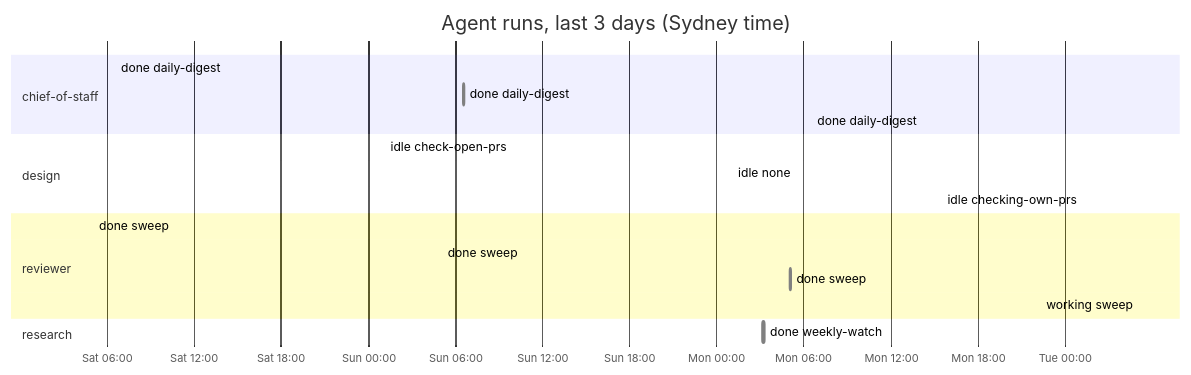
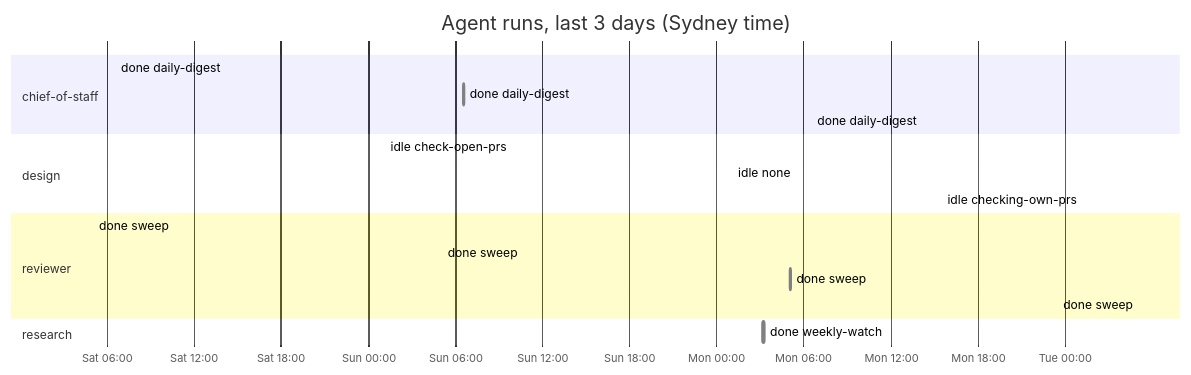
Before and after one commit to roulmediateam-byte/fifteen-expert-hq: the diagram in dashboard.md, drawn with Mermaid. The commit also changed other lines of this file and 1 other file, not shown here.

````diff
--- a/dashboard.md
+++ b/dashboard.md
@@ -43,21 +43,21 @@
 ```mermaid
 gantt
     title Agent runs, last 3 days (Sydney time)
     dateFormat YYYY-MM-DD HH:mm
     axisFormat %a %H:%M
     section chief-of-staff
     done daily-digest :done, 2026-11-14 06:35, 2026-11-14 06:36
     done daily-digest :done, 2026-11-15 06:35, 2026-11-15 06:36
     done daily-digest :done, 2026-11-16 06:35, 2026-11-16 06:36
     section design
     idle check-open-prs :done, 2026-11-15 01:08, 2026-11-15 01:09
     idle none :done, 2026-11-16 01:08, 2026-11-16 01:08
     idle checking-own-prs :done, 2026-11-17 01:12, 2026-11-17 01:12
     section reviewer
     done sweep :done, 2026-11-14 05:05, 2026-11-14 05:06
     done sweep :done, 2026-11-15 05:07, 2026-11-15 05:08
     done sweep :done, 2026-11-16 05:05, 2026-11-16 05:06
-    working sweep :active, 2026-11-17 05:05, 2026-11-17 05:05
+    done sweep :done, 2026-11-17 05:05, 2026-11-17 05:05
     section research
     done weekly-watch :done, 2026-11-16 03:10, 2026-11-16 03:17
 ```
````
